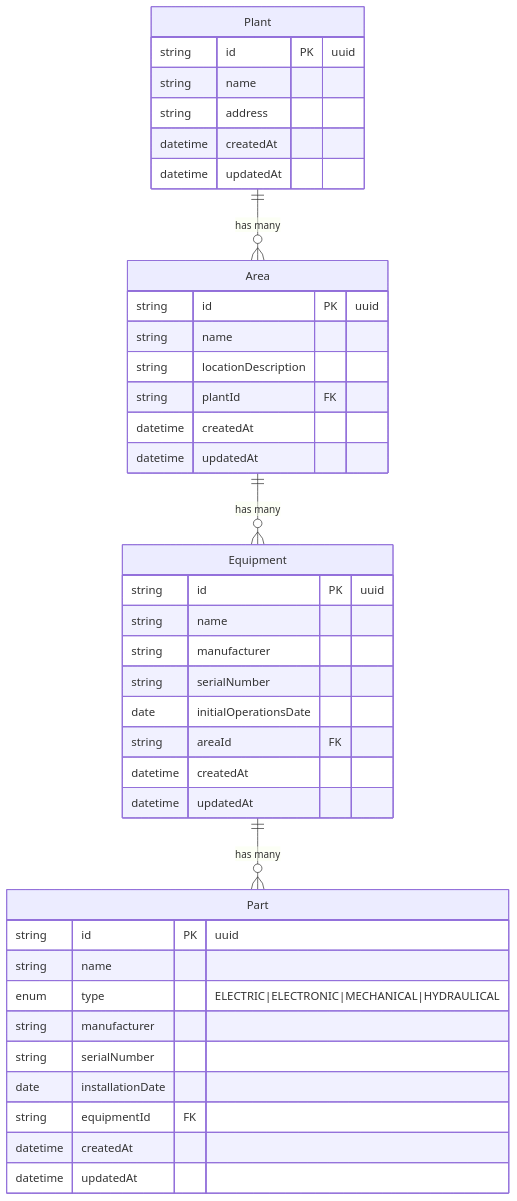
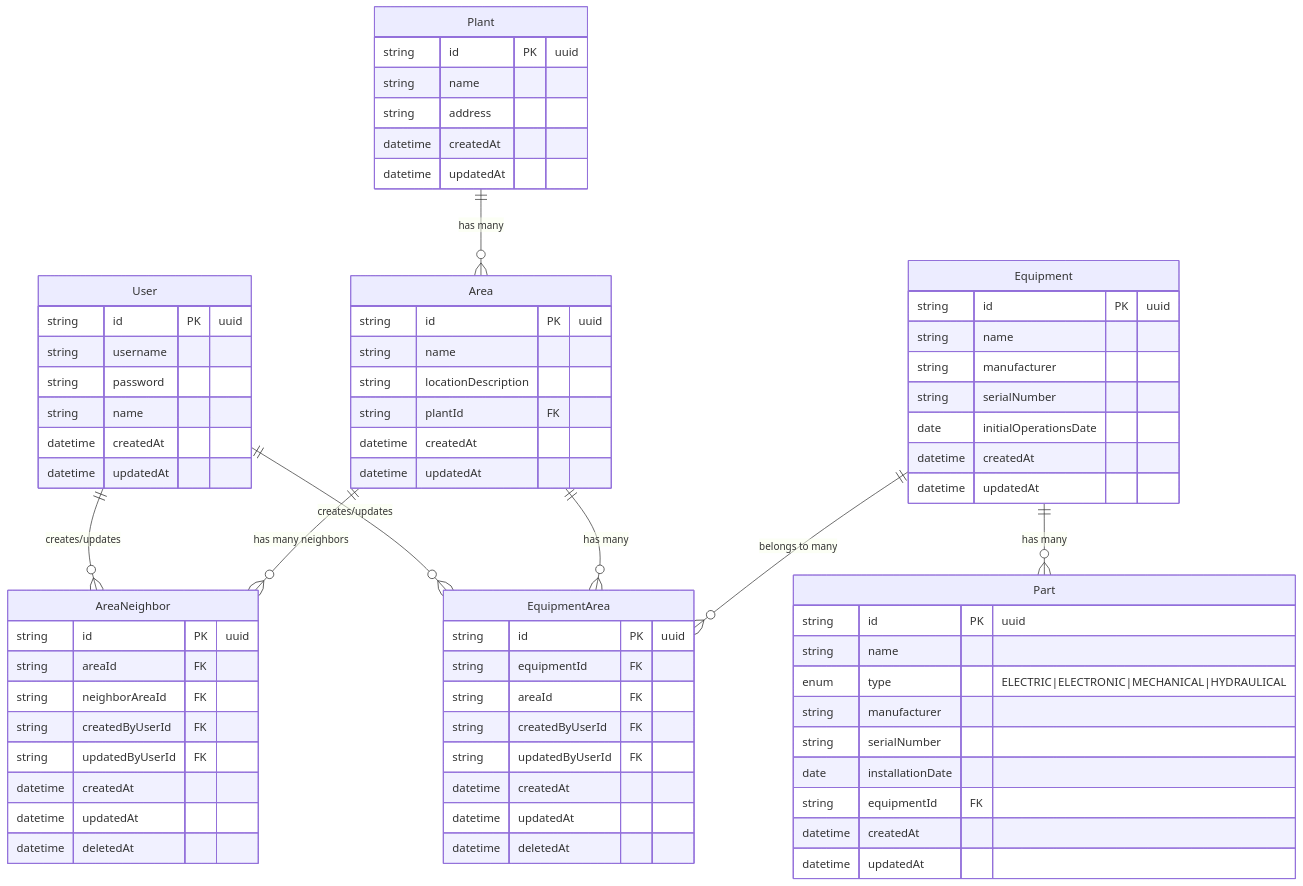
The diagram in README.md (rennanmoreira/hiring-challenge), drawn with Mermaid before and after one commit. The commit also changed other lines of this file, not shown here.

````diff
--- a/README.md
+++ b/README.md
@@ -222,46 +289,80 @@
 ```mermaid
 erDiagram
+    User ||--o{ AreaNeighbor : "creates/updates"
+    User ||--o{ EquipmentArea : "creates/updates"
     Plant ||--o{ Area : "has many"
-    Area ||--o{ Equipment : "has many"
+    Area ||--o{ AreaNeighbor : "has many neighbors"
+    Area ||--o{ EquipmentArea : "has many"
+    Equipment ||--o{ EquipmentArea : "belongs to many"
     Equipment ||--o{ Part : "has many"
+
+    User {
+        string id PK "uuid"
+        string username
+        string password
+        string name
+        datetime createdAt
+        datetime updatedAt
+    }
 
     Plant {
         string id PK "uuid"
         string name
         string address
         datetime createdAt
         datetime updatedAt
     }
 
     Area {
         string id PK "uuid"
         string name
         string locationDescription
         string plantId FK
         datetime createdAt
         datetime updatedAt
     }
 
+    AreaNeighbor {
+        string id PK "uuid"
+        string areaId FK
+        string neighborAreaId FK
+        string createdByUserId FK
+        string updatedByUserId FK
+        datetime createdAt
+        datetime updatedAt
+        datetime deletedAt
+    }
+
     Equipment {
         string id PK "uuid"
         string name
         string manufacturer
         string serialNumber
         date initialOperationsDate
-        string areaId FK
         datetime createdAt
         datetime updatedAt
+    }
+
+    EquipmentArea {
+        string id PK "uuid"
+        string equipmentId FK
+        string areaId FK
+        string createdByUserId FK
+        string updatedByUserId FK
+        datetime createdAt
+        datetime updatedAt
+        datetime deletedAt
     }
 
     Part {
         string id PK "uuid"
         string name
         enum type "ELECTRIC|ELECTRONIC|MECHANICAL|HYDRAULICAL"
         string manufacturer
         string serialNumber
         date installationDate
         string equipmentId FK
         datetime createdAt
         datetime updatedAt
     }
 ```
````
